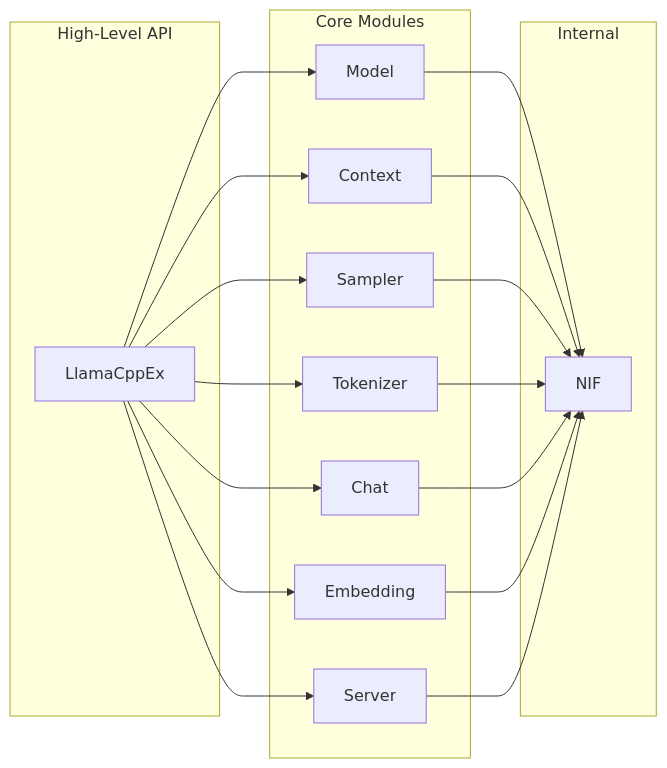
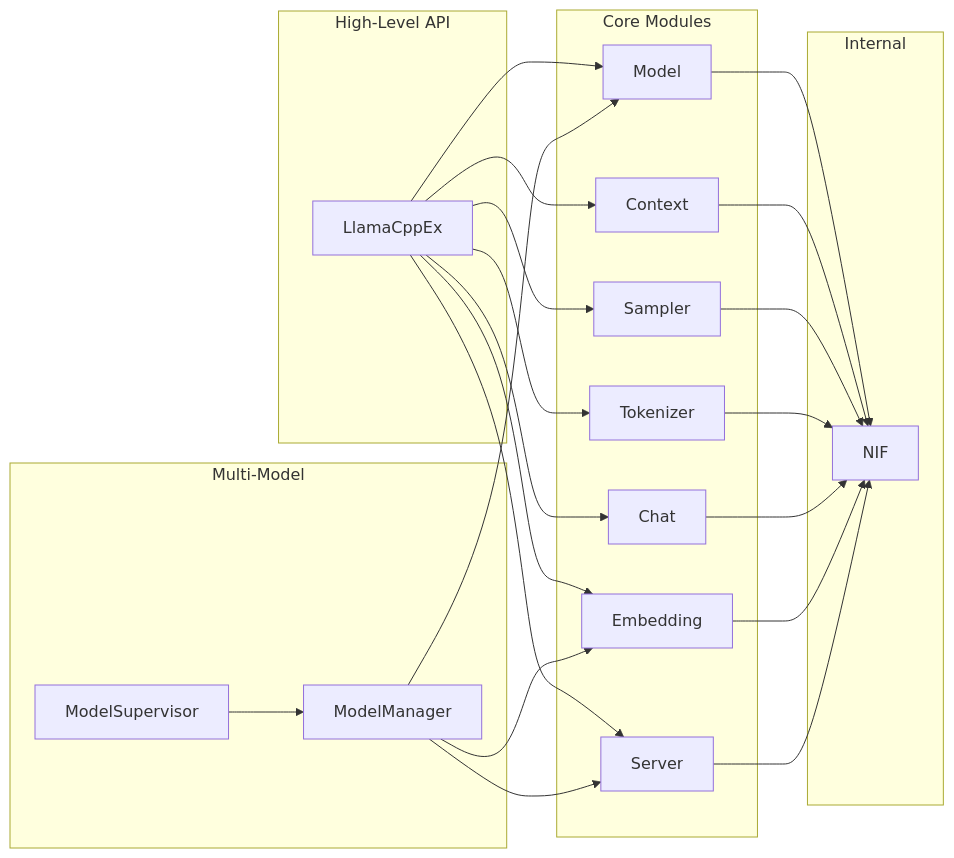
One commit to nyo16/llama_cpp_ex changed the second of 8 diagrams in docs/architecture.md. Above: the diagram before and after it, drawn with Mermaid. The commit also changed other lines of this file and 18 other files, not shown here.

First line of the commit message:
Add multi-model manager with named load/unload and routing (#51)

````diff
--- a/docs/architecture.md
+++ b/docs/architecture.md
@@ -24,35 +24,44 @@
 ```mermaid
 graph LR
     subgraph "High-Level API"
         A[LlamaCppEx]
     end
 
     subgraph "Core Modules"
         B[Model]
         C[Context]
         D[Sampler]
         E[Tokenizer]
         F[Chat]
         H[Embedding]
         I[Server]
     end
 
+    subgraph "Multi-Model"
+        J[ModelSupervisor]
+        K[ModelManager]
+    end
+
     subgraph "Internal"
         G[NIF]
     end
 
     A --> B
     A --> C
     A --> D
     A --> E
     A --> F
     A --> H
     A --> I
+    J --> K
+    K --> I
+    K --> B
+    K --> H
     B --> G
     C --> G
     D --> G
     E --> G
     F --> G
     H --> G
     I --> G
 ```
````
